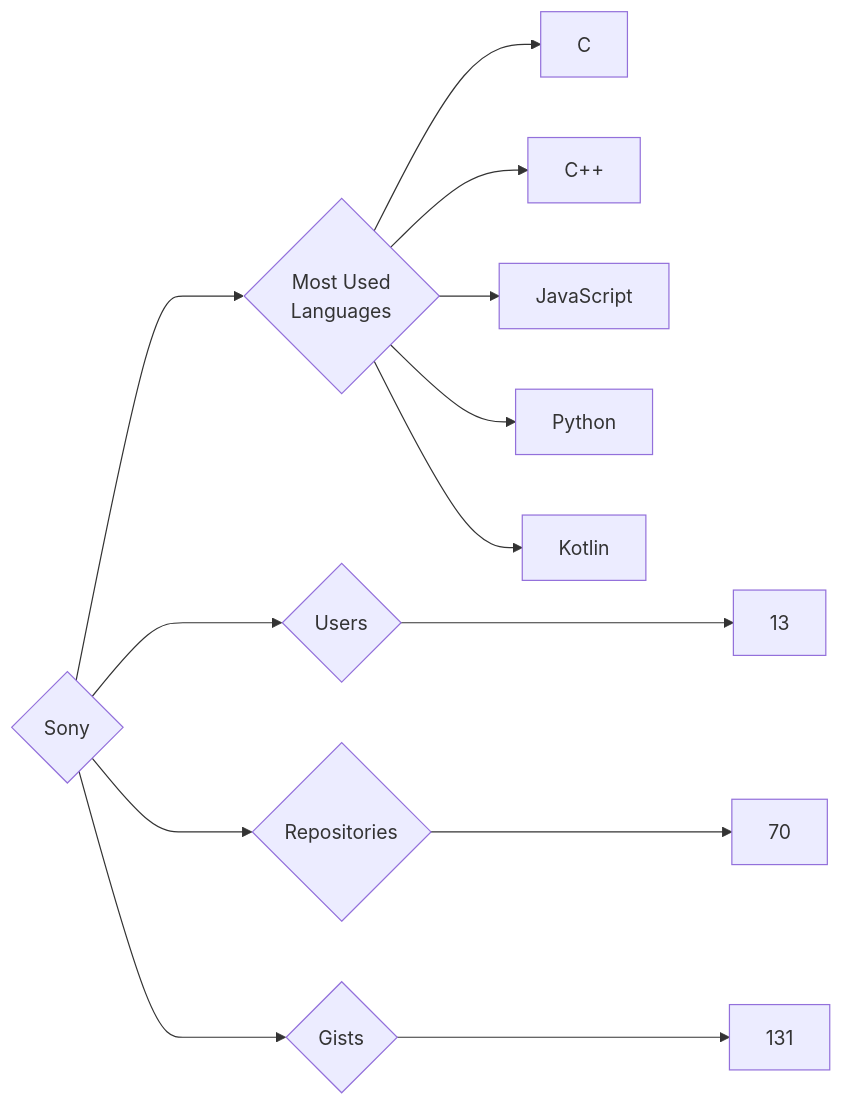
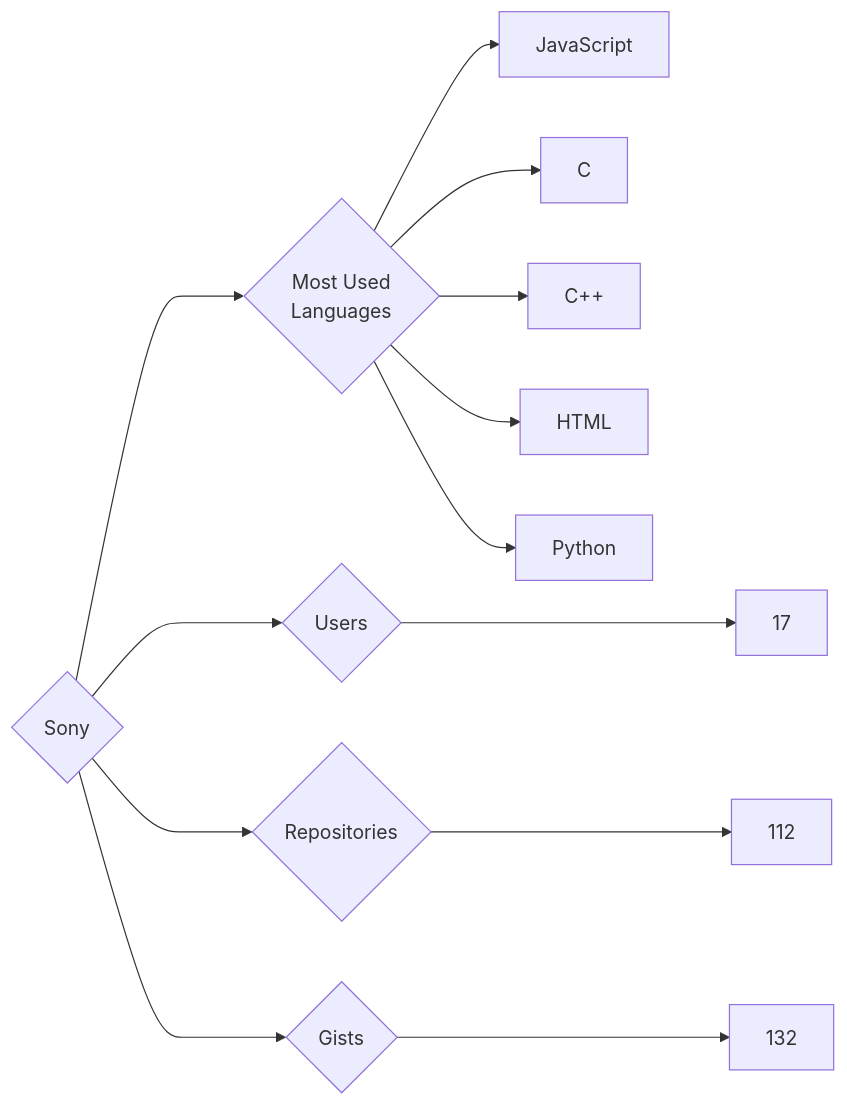
The diagram in targets/Sony/README.md (trickest/insiders), drawn with Mermaid before and after one commit. The commit also changed 965 other files, not shown here.

````diff
--- a/targets/Sony/README.md
+++ b/targets/Sony/README.md
@@ -3,13 +3,13 @@
 ```mermaid
 graph LR
 COMPANY_NAME{Sony}
-COMPANY_NAME ---> U{Users} ---> UN[13]
-COMPANY_NAME ---> R{Repositories} ---> RN[70]
-COMPANY_NAME ---> G{Gists} ---> GN[131]
+COMPANY_NAME ---> U{Users} ---> UN[17]
+COMPANY_NAME ---> R{Repositories} ---> RN[112]
+COMPANY_NAME ---> G{Gists} ---> GN[132]
 COMPANY_NAME ---> ML{Most Used<br>Languages}
+ML --> JavaScript[JavaScript]
 ML --> C[C]
 ML --> C++[C++]
-ML --> JavaScript[JavaScript]
+ML --> HTML[HTML]
 ML --> Python[Python]
-ML --> Kotlin[Kotlin]
 ```
````
